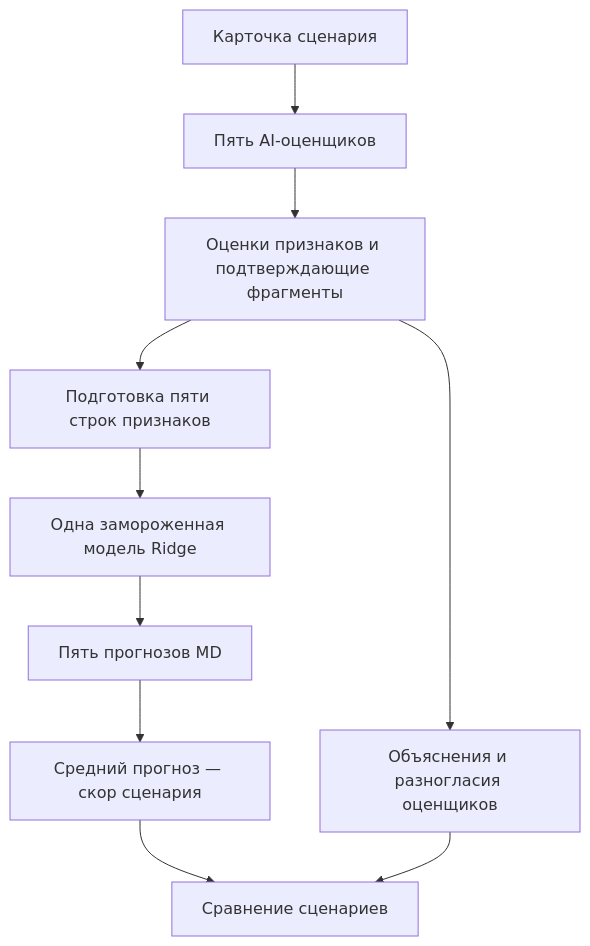
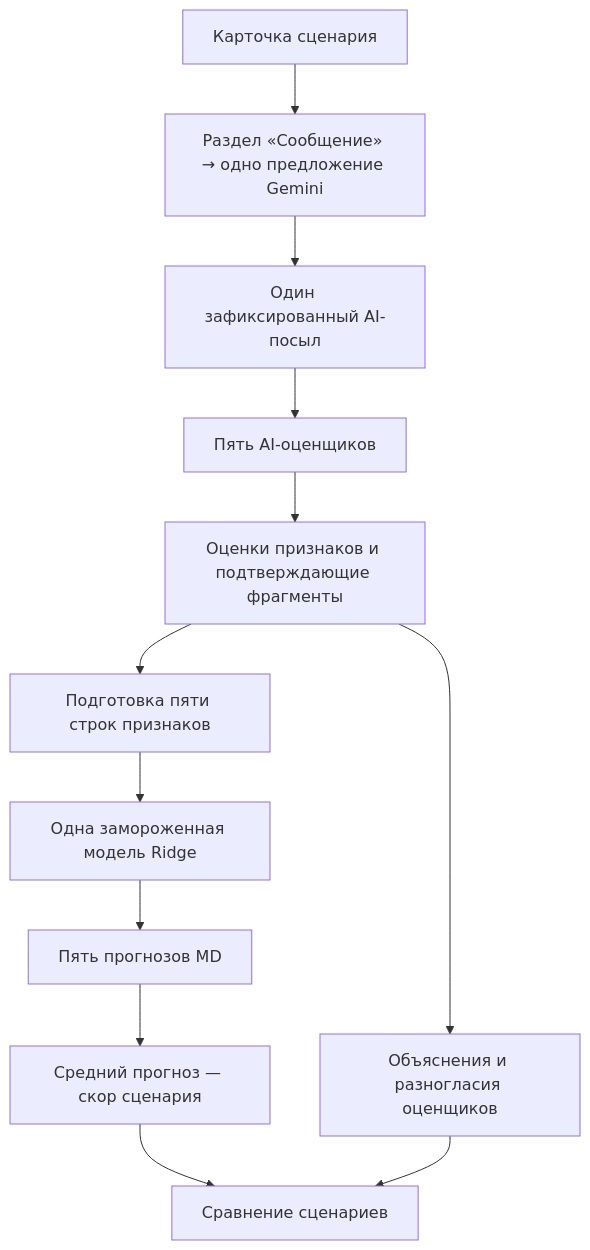
One commit to Gavshme/AIPM-3.1_scenarios changed the diagram in README.md. Above: the diagram before and after it, drawn with Mermaid. The commit also changed other lines of this file and 12 other files, not shown here.

````diff
--- a/README.md
+++ b/README.md
@@ -17,12 +17,14 @@
 ```mermaid
 flowchart TD
-    A[Карточка сценария] --> B[Пять AI-оценщиков]
+    A[Карточка сценария] --> J[Раздел «Сообщение» → одно предложение Gemini]
+    J --> K[Один зафиксированный AI-посыл]
+    K --> B[Пять AI-оценщиков]
     B --> C[Оценки признаков и подтверждающие фрагменты]
     C --> D[Подготовка пяти строк признаков]
     D --> E[Одна замороженная модель Ridge]
     E --> F[Пять прогнозов MD]
     F --> G[Средний прогноз — скор сценария]
     C --> H[Объяснения и разногласия оценщиков]
     G --> I[Сравнение сценариев]
     H --> I
 ```
````
